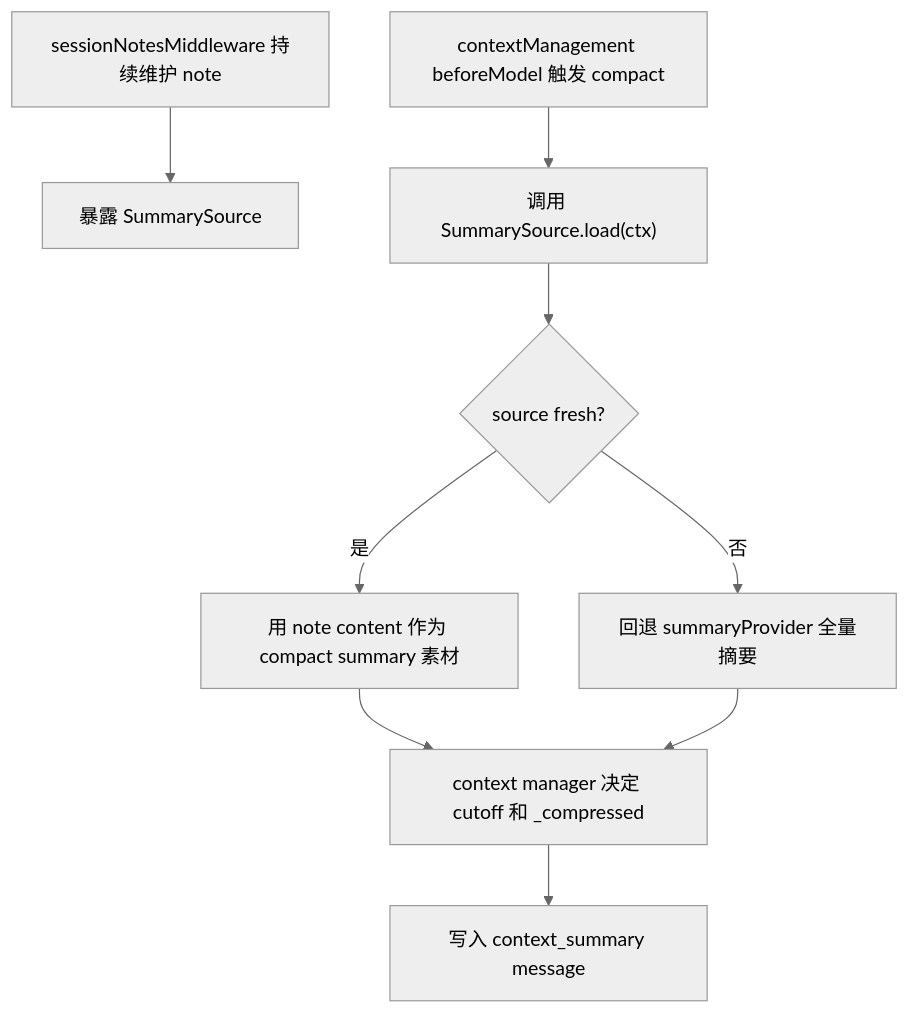
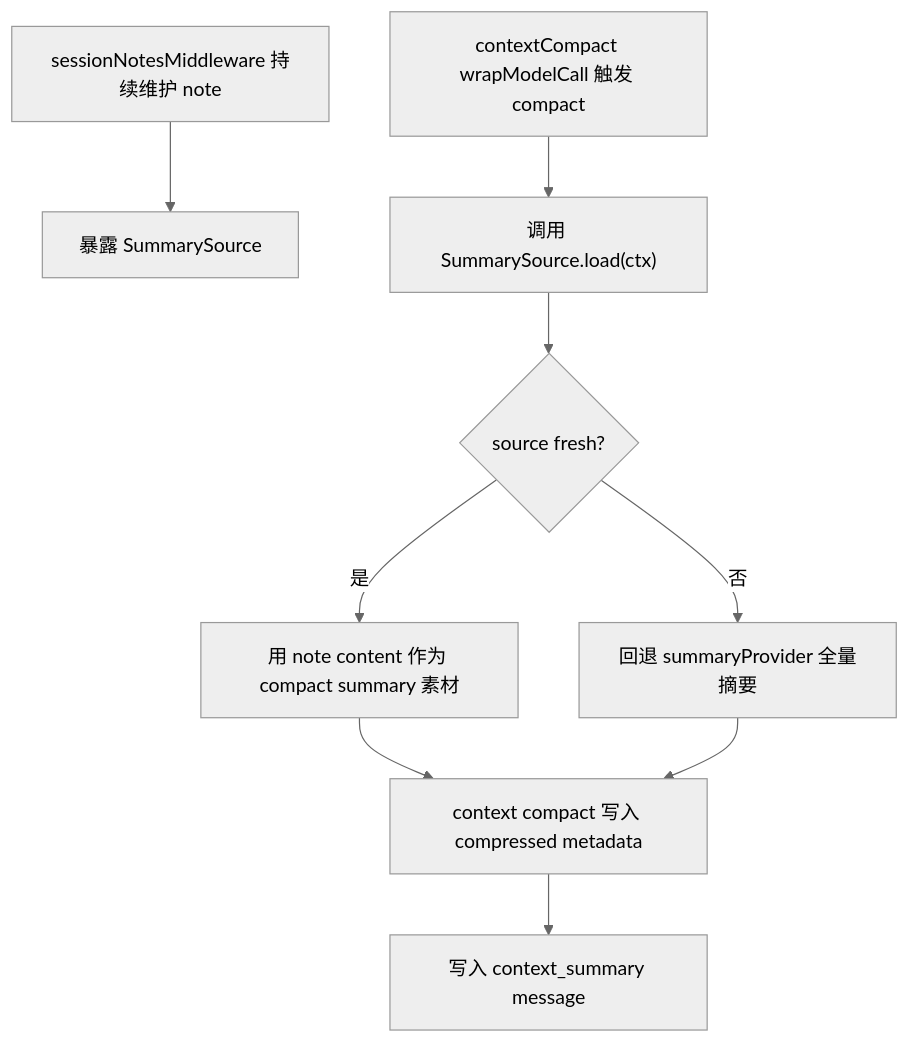
Before and after one commit to zixingtangmouren/mech-code: the third of 3 diagrams in docs/17-session-notes-middleware-design.md, drawn with Mermaid (neutral theme). The commit also changed other lines of this file and 47 other files, not shown here.

````diff
--- a/docs/17-session-notes-middleware-design.md
+++ b/docs/17-session-notes-middleware-design.md
@@ -318,11 +319,11 @@
 ```mermaid
 flowchart TD
   A["sessionNotesMiddleware 持续维护 note"] --> B["暴露 SummarySource"]
-  C["contextManagement beforeModel 触发 compact"] --> D["调用 SummarySource.load(ctx)"]
+  C["contextCompact wrapModelCall 触发 compact"] --> D["调用 SummarySource.load(ctx)"]
   D --> E{"source fresh?"}
   E -- 是 --> F["用 note content 作为 compact summary 素材"]
   E -- 否 --> G["回退 summaryProvider 全量摘要"]
-  F --> H["context manager 决定 cutoff 和 _compressed"]
+  F --> H["context compact 写入 compressed metadata"]
   G --> H
   H --> I["写入 context_summary message"]
 ```
````
